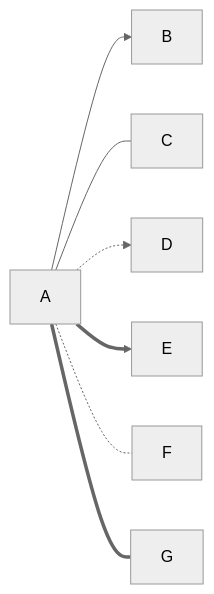
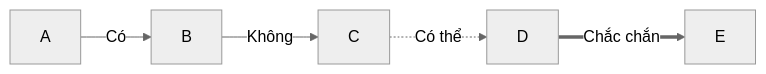
Before and after one commit to ManhCuong150206/A-I: the diagram in README.md, drawn with Mermaid (neutral theme).

````diff
--- a/README.md
+++ b/README.md
@@ -1,9 +1,7 @@
 ```mermaid
 graph LR
- A --> B
- A --- C
- A -.-> D
- A ==> E
- A -.- F
- A === G
+ A -->|Có| B
+ B -->|Không| C
+ C -.Có thể.-> D
+ D ==Chắc chắn==> E
 ```
````
